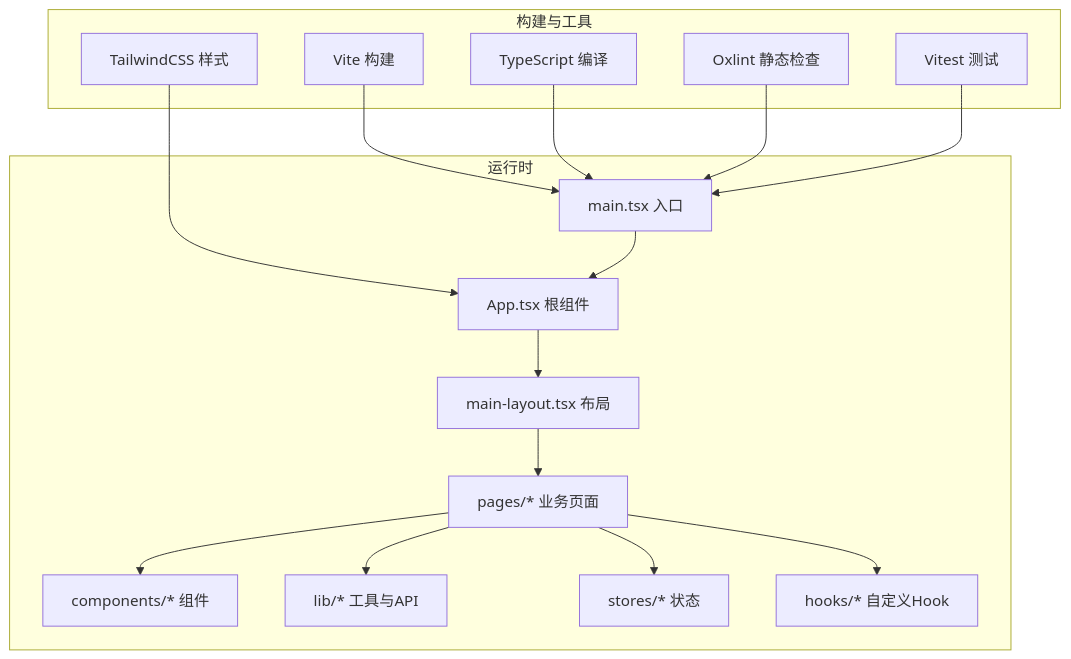
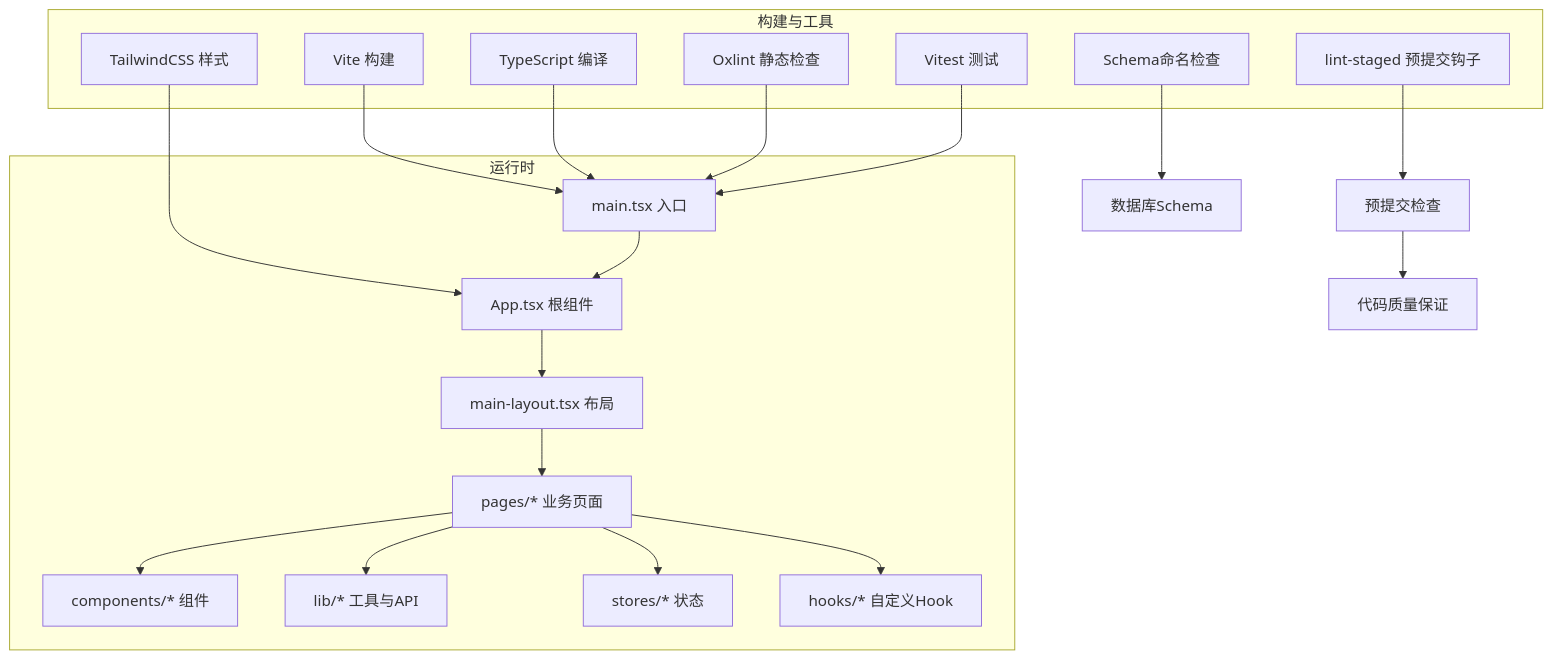
One commit to Damao997/newproject changed the second of 7 diagrams in .qoder/repowiki/zh/content/开发规范/开发规范.md. Above: the diagram before and after it, drawn with Mermaid. The commit also changed other lines of this file and 26 other files, not shown here.

````diff
--- a/.qoder/repowiki/zh/content/开发规范/开发规范.md
+++ b/.qoder/repowiki/zh/content/开发规范/开发规范.md
@@ -150,32 +168,37 @@
 ```mermaid
 graph TB
 subgraph "构建与工具"
 Vite["Vite 构建"]
 TS["TypeScript 编译"]
 Tailwind["TailwindCSS 样式"]
 Oxlint["Oxlint 静态检查"]
 Vitest["Vitest 测试"]
+LintStaged["lint-staged 预提交钩子"]
+SchemaCheck["Schema命名检查"]
 end
 subgraph "运行时"
 Main["main.tsx 入口"]
 App["App.tsx 根组件"]
 Layout["main-layout.tsx 布局"]
 Pages["pages/* 业务页面"]
 Components["components/* 组件"]
 Lib["lib/* 工具与API"]
 Stores["stores/* 状态"]
 Hooks["hooks/* 自定义Hook"]
 end
 Vite --> Main
 TS --> Main
 Tailwind --> App
 Oxlint --> Main
 Vitest --> Main
+LintStaged --> PreCommit["预提交检查"]
+SchemaCheck --> Database["数据库Schema"]
+PreCommit --> CodeQuality["代码质量保证"]
 Main --> App
 App --> Layout
 Layout --> Pages
 Pages --> Components
 Pages --> Lib
 Pages --> Stores
 Pages --> Hooks
 ```
````
